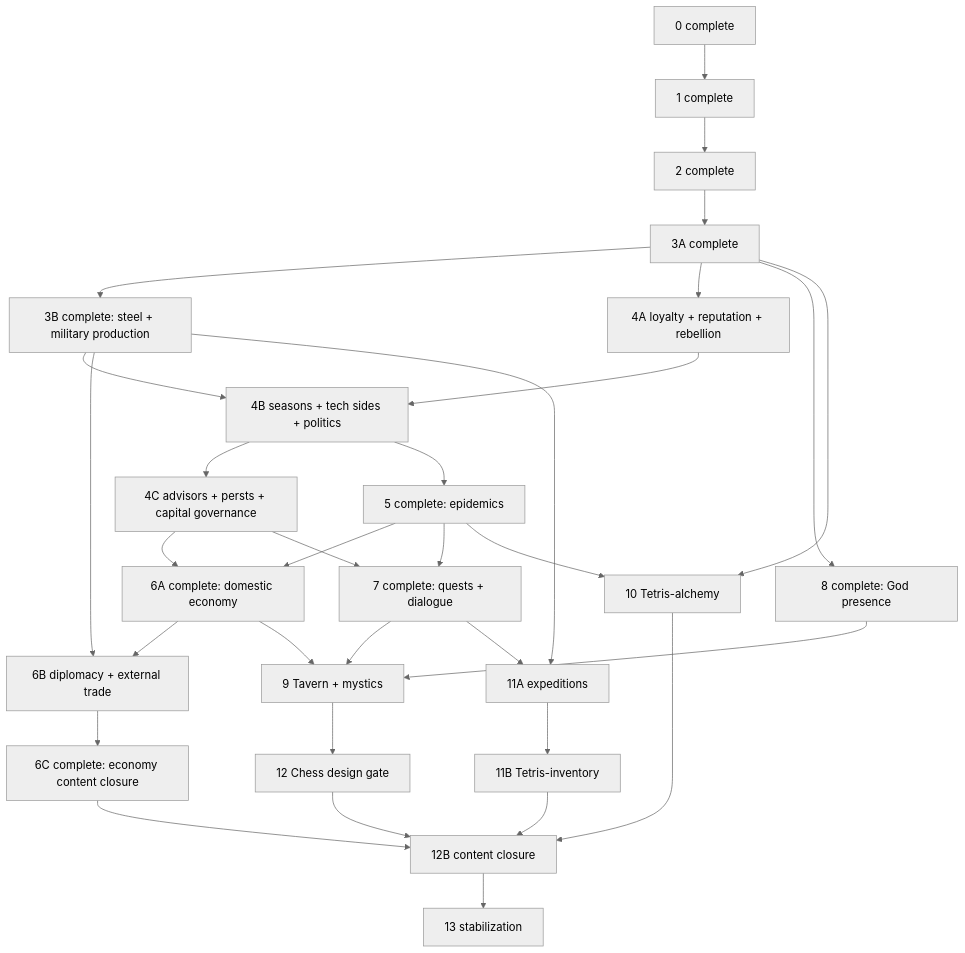
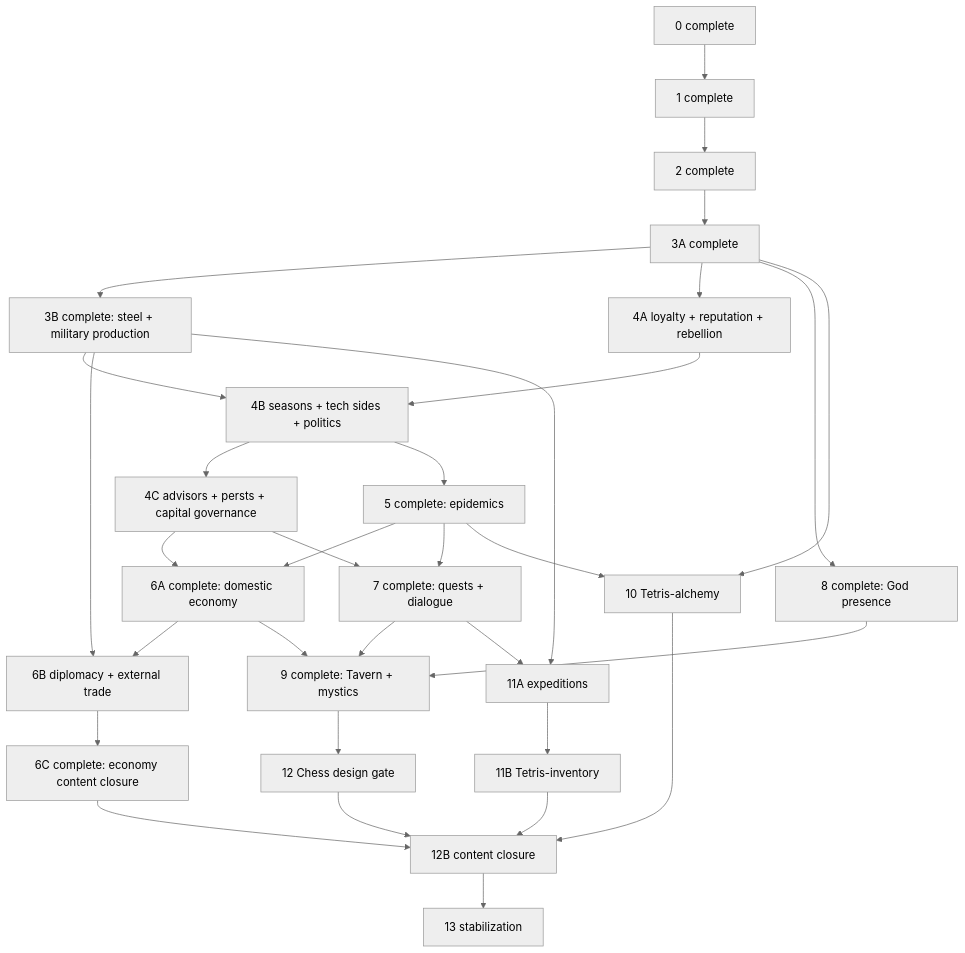
Before and after one commit to akulihin/King-of-the-Garbage-Hill: the diagram in plans/empires-endgame/README.md, drawn with Mermaid (neutral theme). The commit also changed other lines of this file and 43 other files, not shown here.

````diff
--- a/plans/empires-endgame/README.md
+++ b/plans/empires-endgame/README.md
@@ -89,34 +95,34 @@
 ```mermaid
 graph TD
   P0[0 complete] --> P1[1 complete]
   P1 --> P2[2 complete]
   P2 --> P3A[3A complete]
   P3A --> P3B[3B complete: steel + military production]
   P3A --> P4A[4A loyalty + reputation + rebellion]
   P3B --> P4B[4B seasons + tech sides + politics]
   P4A --> P4B
   P4B --> P4C[4C advisors + persts + capital governance]
   P4B --> P5[5 complete: epidemics]
   P4C --> P6A[6A complete: domestic economy]
   P5 --> P6A
   P3B --> P6B[6B diplomacy + external trade]
   P6A --> P6B
   P6B --> P6C[6C complete: economy content closure]
   P5 --> P7[7 complete: quests + dialogue]
   P4C --> P7
   P3A --> P8[8 complete: God presence]
-  P6A --> P9[9 Tavern + mystics]
+  P6A --> P9[9 complete: Tavern + mystics]
   P7 --> P9
   P8 --> P9
   P3A --> P10[10 Tetris-alchemy]
   P5 --> P10
   P3B --> P11A[11A expeditions]
   P7 --> P11A
   P11A --> P11B[11B Tetris-inventory]
   P9 --> P12[12 Chess design gate]
   P6C --> P12B[12B content closure]
   P10 --> P12B
   P11B --> P12B
   P12 --> P12B
   P12B --> P13[13 stabilization]
 ```
````
